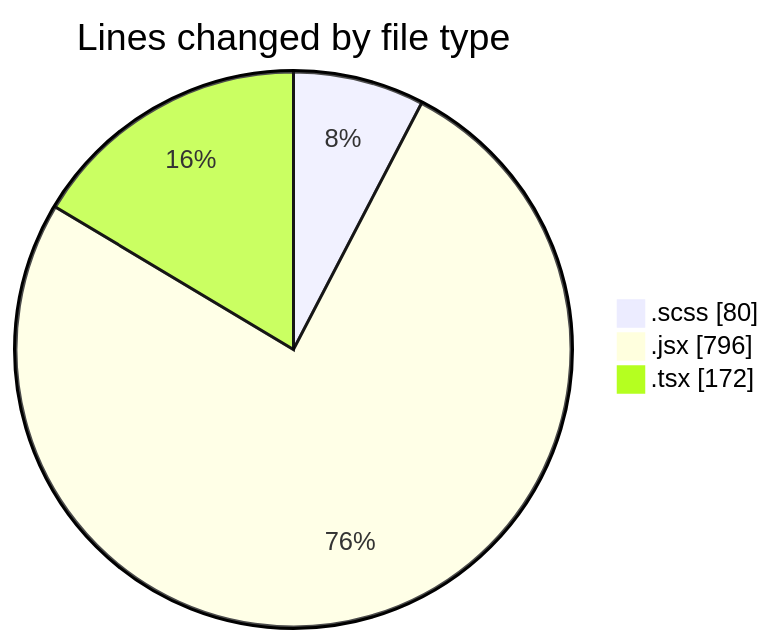
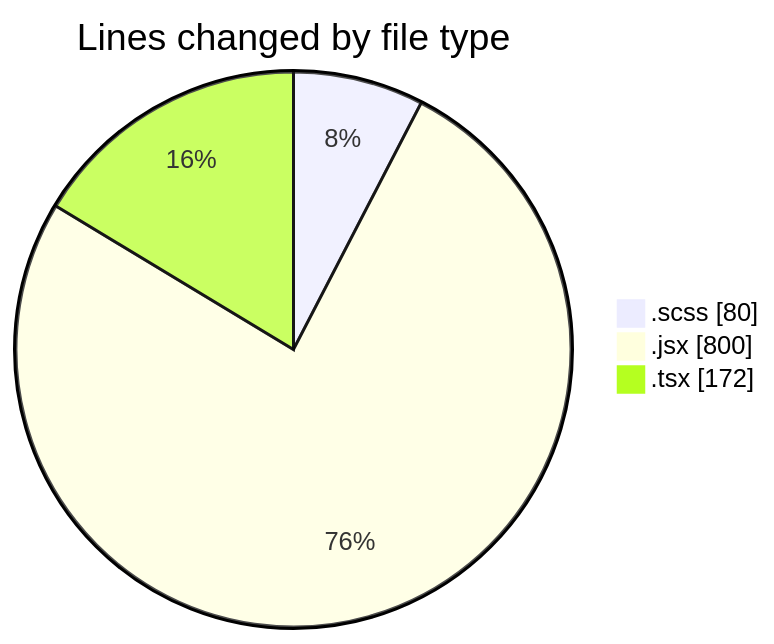
Before and after one commit to momahboobian/code-tracking: the first of 2 diagrams in 2025-06-03/cda/README.md, drawn with Mermaid. The commit also changed other lines of this file and 1 other file, not shown here.

````diff
--- a/2025-06-03/cda/README.md
+++ b/2025-06-03/cda/README.md
@@ -23,7 +23,7 @@
 ```mermaid
 pie showData
 title Lines changed by file type
 ".scss" : 80
-".jsx" : 796
+".jsx" : 800
 ".tsx" : 172
 ```
````
